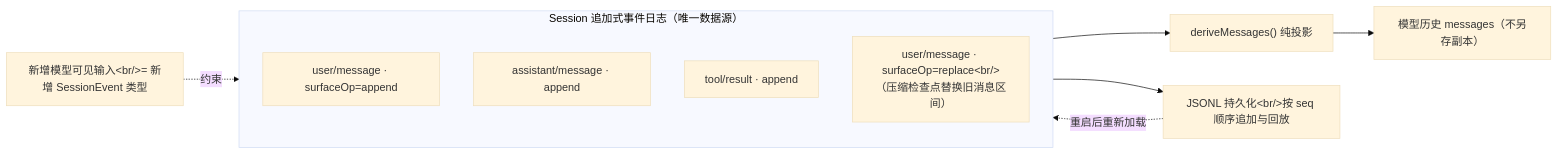
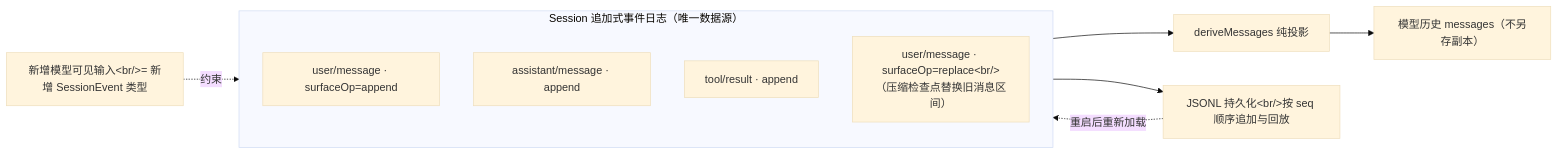
One commit to ZZKeepCurious/mini-deepseek-harness-python changed the fifth of 9 diagrams in docs/report/02-architecture.md. Above: the diagram before and after it, drawn with Mermaid (base theme). The commit also changed other lines of this file and 44 other files, not shown here.

````diff
--- a/docs/report/02-architecture.md
+++ b/docs/report/02-architecture.md
@@ -196,17 +196,17 @@
 ```mermaid
 flowchart LR
-  subgraph LOG["Session 追加式事件日志（唯一数据源）"]
-    direction TB
-    E1["user/message · surfaceOp=append"]
-    E2["assistant/message · append"]
-    E3["tool/result · append"]
-    E4["user/message · surfaceOp=replace&lt;br/&gt;（压缩检查点替换旧消息区间）"]
-  end
-  PROJ["deriveMessages() 纯投影"]
-  HIST["模型历史 messages（不另存副本）"]
-  PERS["JSONL 持久化&lt;br/&gt;按 seq 顺序追加与回放"]
-  NEWEV["新增模型可见输入&lt;br/&gt;= 新增 SessionEvent 类型"] -.约束.-> LOG
-  LOG --> PROJ --> HIST
-  LOG --> PERS
-  PERS -.重启后重新加载.-> LOG
+ subgraph LOG["Session 追加式事件日志（唯一数据源）"]
+ direction TB
+ E1["user/message · surfaceOp=append"]
+ E2["assistant/message · append"]
+ E3["tool/result · append"]
+ E4["user/message · surfaceOp=replace&lt;br/&gt;（压缩检查点替换旧消息区间）"]
+ end
+ PROJ["deriveMessages 纯投影"]
+ HIST["模型历史 messages（不另存副本）"]
+ PERS["JSONL 持久化&lt;br/&gt;按 seq 顺序追加与回放"]
+ NEWEV["新增模型可见输入&lt;br/&gt;= 新增 SessionEvent 类型"] -.约束.-> LOG
+ LOG --> PROJ --> HIST
+ LOG --> PERS
+ PERS -.重启后重新加载.-> LOG
 ```
````
